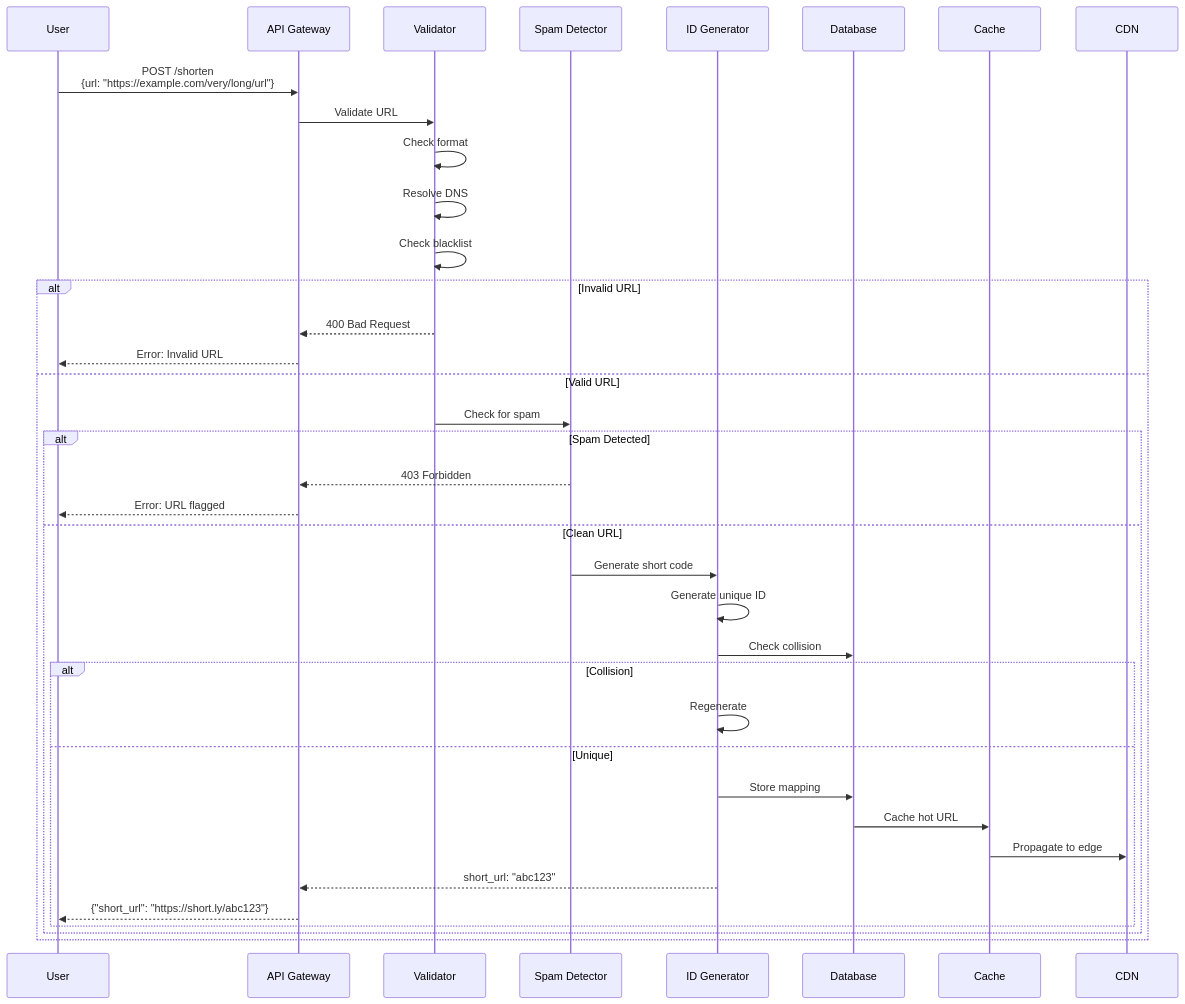
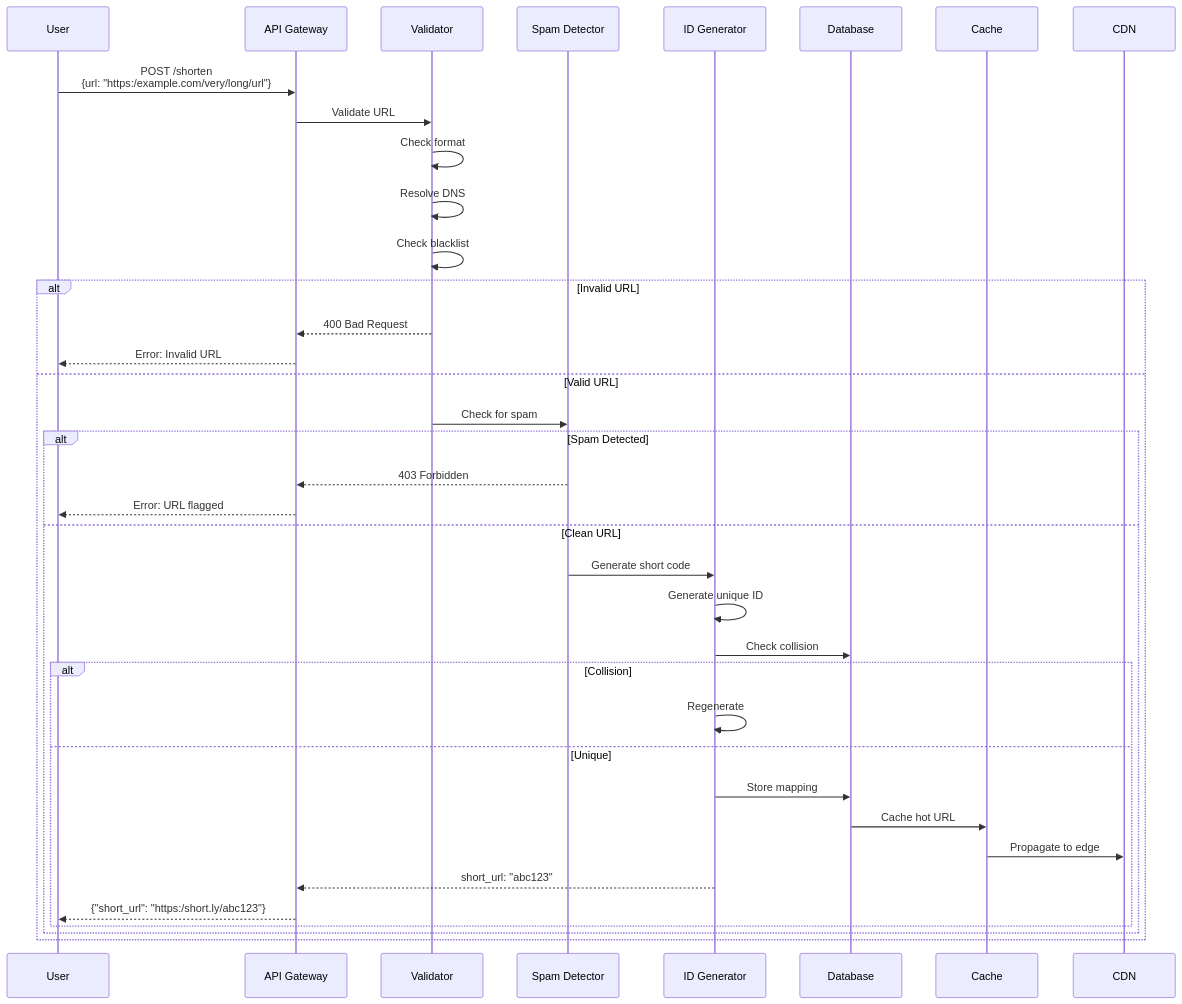
One commit to deepaucksharma/DStudio changed the third of 53 diagrams in docs/architects-handbook/case-studies/infrastructure/url-shortener.md. Above: the diagram before and after it, drawn with Mermaid. The commit also changed other lines of this file and 433 other files, not shown here.

````diff
--- a/docs/architects-handbook/case-studies/infrastructure/url-shortener.md
+++ b/docs/architects-handbook/case-studies/infrastructure/url-shortener.md
@@ -173,46 +173,46 @@
 ```mermaid
 sequenceDiagram
     participant User
     participant API as API Gateway
     participant Val as Validator
     participant Spam as Spam Detector
     participant Gen as ID Generator
     participant DB as Database
     participant Cache
     participant CDN
     
-    User->>API: POST /shorten<br/>{url: "https://example.com/very/long/url"}
+    User->>API: POST /shorten<br/>{url: "https:/example.com/very/long/url"}
     API->>Val: Validate URL
     
     Val->>Val: Check format
     Val->>Val: Resolve DNS
     Val->>Val: Check blacklist
     
     alt Invalid URL
         Val-->>API: 400 Bad Request
         API-->>User: Error: Invalid URL
     else Valid URL
         Val->>Spam: Check for spam
         
         alt Spam Detected
             Spam-->>API: 403 Forbidden
             API-->>User: Error: URL flagged
         else Clean URL
             Spam->>Gen: Generate short code
             
             Gen->>Gen: Generate unique ID
             Gen->>DB: Check collision
             
             alt Collision
                 Gen->>Gen: Regenerate
             else Unique
                 Gen->>DB: Store mapping
                 DB->>Cache: Cache hot URL
                 Cache->>CDN: Propagate to edge
                 
                 Gen-->>API: short_url: "abc123"
-                API-->>User: {"short_url": "https://short.ly/abc123"}
+                API-->>User: {"short_url": "https:/short.ly/abc123"}
             end
         end
     end
 ```
````
